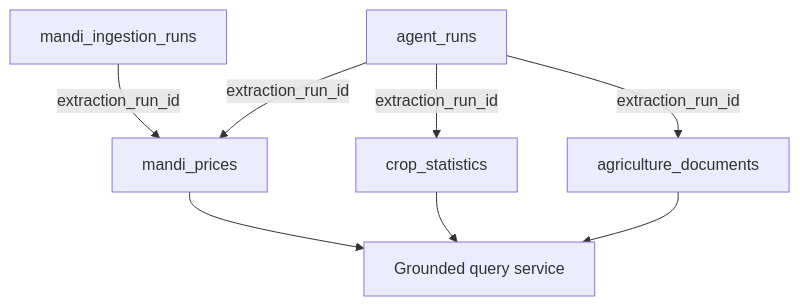
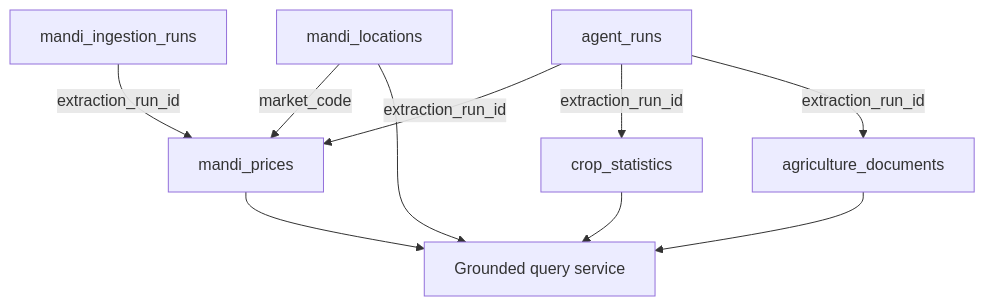
The diagram in docs/DATABASE_SCHEMA.md (flintop123/Bits-AI-Demo), drawn with Mermaid before and after one commit. The commit also changed other lines of this file and 26 other files, not shown here.

````diff
--- a/docs/DATABASE_SCHEMA.md
+++ b/docs/DATABASE_SCHEMA.md
@@ -18,10 +18,12 @@
 ```mermaid
 flowchart TD
     R[agent_runs] -->|extraction_run_id| M[mandi_prices]
     S[mandi_ingestion_runs] -->|extraction_run_id| M
     R -->|extraction_run_id| C[crop_statistics]
     R -->|extraction_run_id| D[agriculture_documents]
     M --> Q[Grounded query service]
+    L[mandi_locations] -->|market_code| M
+    L --> Q
     C --> Q
     D --> Q
 ```
````
